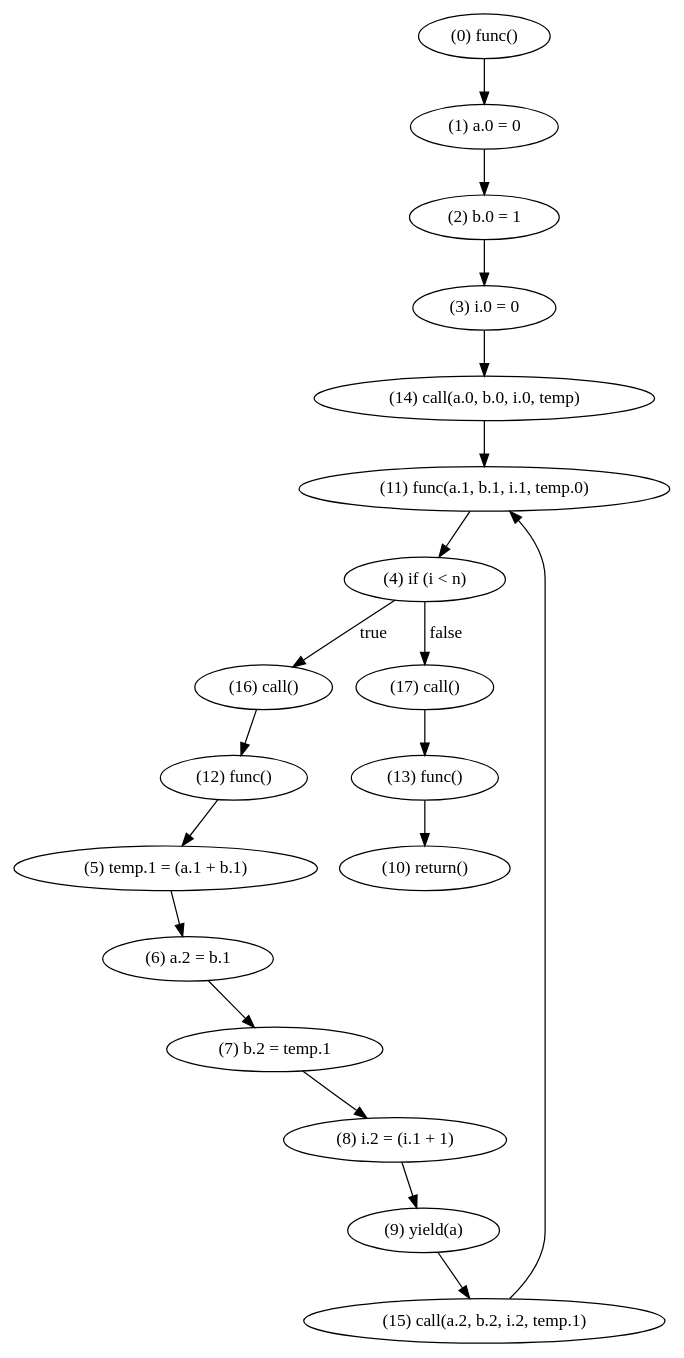
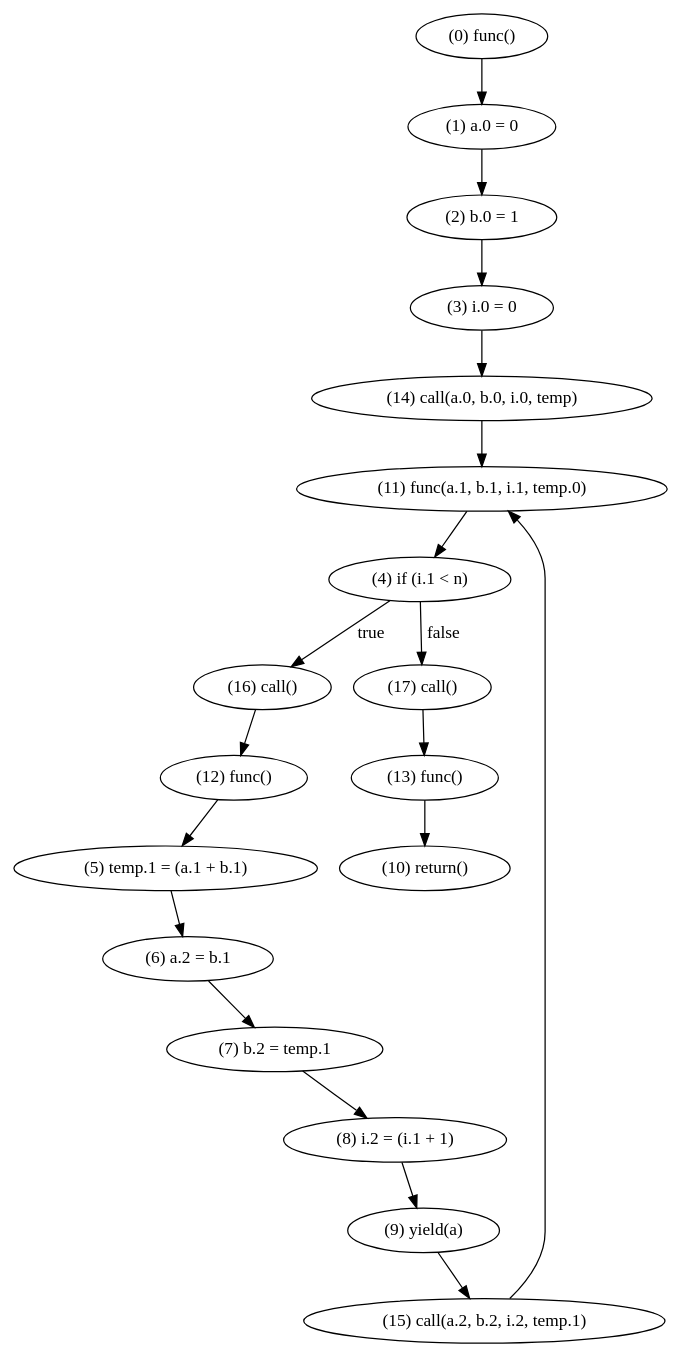
One commit to WorldofKerry/ToHDL changed the diagram in crates/passes/make_ssa.dot. Above: the diagram before and after it, drawn with Graphviz. The commit also changed 10 other files, not shown here.

```diff
--- a/crates/passes/make_ssa.dot
+++ b/crates/passes/make_ssa.dot
@@ -1,38 +1,38 @@
 digraph {
     0 [ label = "(0) func()" ]
     1 [ label = "(1) a.0 = 0" ]
     2 [ label = "(2) b.0 = 1" ]
     3 [ label = "(3) i.0 = 0" ]
-    4 [ label = "(4) if (i < n)" ]
+    4 [ label = "(4) if (i.1 < n)" ]
     5 [ label = "(5) temp.1 = (a.1 + b.1)" ]
     6 [ label = "(6) a.2 = b.1" ]
     7 [ label = "(7) b.2 = temp.1" ]
     8 [ label = "(8) i.2 = (i.1 + 1)" ]
     9 [ label = "(9) yield(a)" ]
     10 [ label = "(10) return()" ]
     11 [ label = "(11) func(a.1, b.1, i.1, temp.0)" ]
     12 [ label = "(12) func()" ]
     13 [ label = "(13) func()" ]
     14 [ label = "(14) call(a.0, b.0, i.0, temp)" ]
     15 [ label = "(15) call(a.2, b.2, i.2, temp.1)" ]
     16 [ label = "(16) call()" ]
     17 [ label = "(17) call()" ]
     0 -> 1 [ label = "" ]
     1 -> 2 [ label = "" ]
     2 -> 3 [ label = "" ]
     3 -> 14 [ label = "" ]
     4 -> 17 [ label = "false" ]
     4 -> 16 [ label = "true" ]
     5 -> 6 [ label = "" ]
     6 -> 7 [ label = "" ]
     7 -> 8 [ label = "" ]
     8 -> 9 [ label = "" ]
     9 -> 15 [ label = "" ]
     11 -> 4 [ label = "" ]
     12 -> 5 [ label = "" ]
     13 -> 10 [ label = "" ]
     14 -> 11 [ label = "" ]
     15 -> 11 [ label = "" ]
     16 -> 12 [ label = "" ]
     17 -> 13 [ label = "" ]
 }
```
